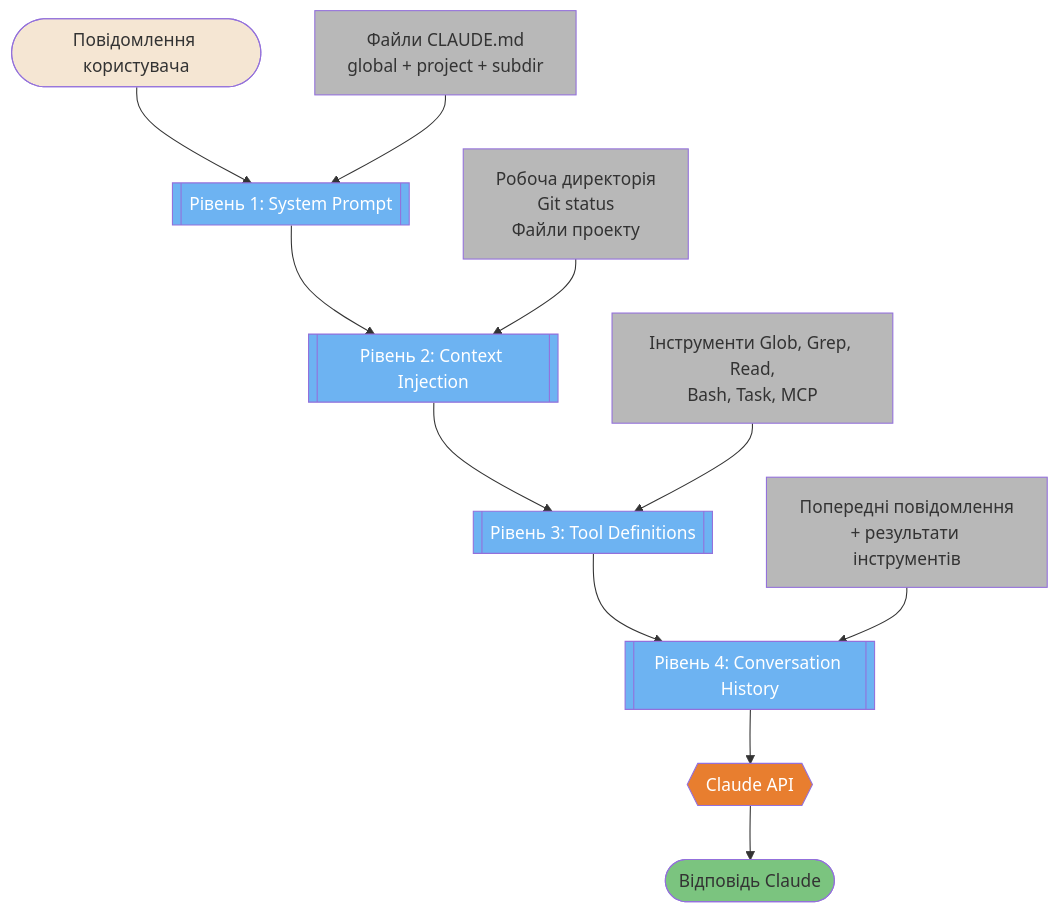
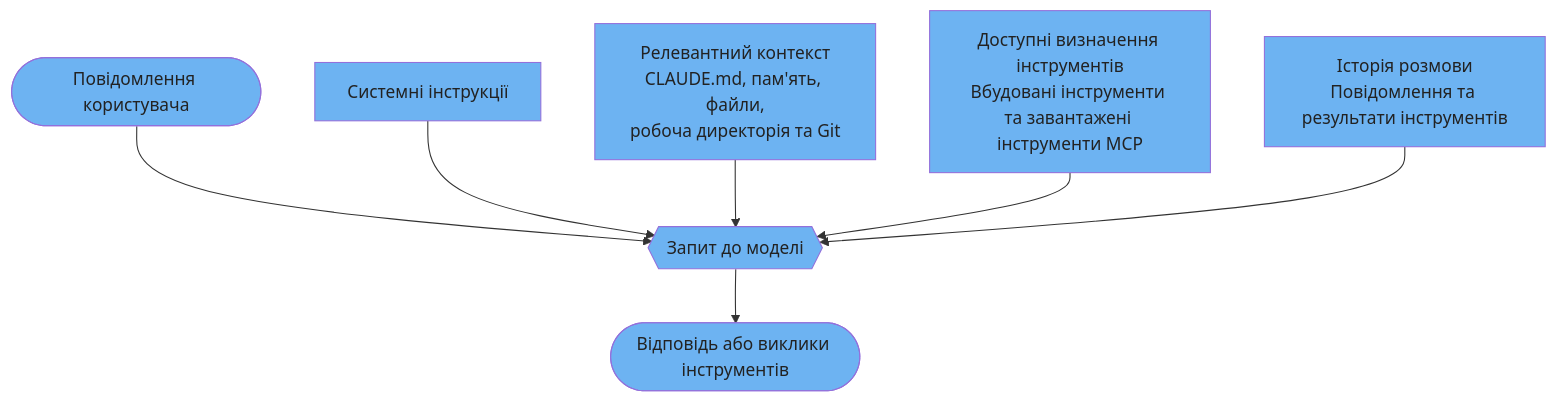
The first of 4 diagrams in guide/diagrams/01-foundations.uk.md (sermers-cyber/claude-code-ultimate-guide-ua), drawn with Mermaid before and after one commit. The commit also changed other lines of this file and 80 other files, not shown here.

````diff
--- a/guide/diagrams/01-foundations.uk.md
+++ b/guide/diagrams/01-foundations.uk.md
@@ -17,38 +17,23 @@
 ```mermaid
 flowchart TD
-    A([Повідомлення користувача]) --> B[[Рівень 1: System Prompt]]
-    B --> C[[Рівень 2: Context Injection]]
-    C --> D[[Рівень 3: Tool Definitions]]
-    D --> E[[Рівень 4: Conversation History]]
-    E --> F{{Claude API}}
-    F --> G([Відповідь Claude])
-
-    B1[Файли CLAUDE.md<br/>global + project + subdir] --> B
-    C1[Робоча директорія<br/>Git status<br/>Файли проекту] --> C
-    D1[Інструменти Glob, Grep, Read,<br/>Bash, Task, MCP] --> D
-    E1[Попередні повідомлення<br/>+ результати інструментів] --> E
-
-    style A fill:#F5E6D3,color:#333
-    style B fill:#6DB3F2,color:#fff
-    style C fill:#6DB3F2,color:#fff
-    style D fill:#6DB3F2,color:#fff
-    style E fill:#6DB3F2,color:#fff
-    style F fill:#E87E2F,color:#fff
-    style G fill:#7BC47F,color:#333
-    style B1 fill:#B8B8B8,color:#333
-    style C1 fill:#B8B8B8,color:#333
-    style D1 fill:#B8B8B8,color:#333
-    style E1 fill:#B8B8B8,color:#333
-
-    click A href "https://github.com/gerasimsergey/claude-code-ultimate-guide-ua/blob/main/guide/ultimate-guide.md#12-first-workflow" "Перший робочий процес"
-    click B href "https://github.com/gerasimsergey/claude-code-ultimate-guide-ua/blob/main/guide/core/architecture.md#1-the-master-loop" "Рівень 1: System Prompt"
-    click B1 href "https://github.com/gerasimsergey/claude-code-ultimate-guide-ua/blob/main/guide/ultimate-guide.md#31-memory-files-claudemd" "Файли пам'яті (CLAUDE.md)"
-    click C href "https://github.com/gerasimsergey/claude-code-ultimate-guide-ua/blob/main/guide/ultimate-guide.md#22-context-management" "Рівень 2: Context Injection"
-    click C1 href "https://github.com/gerasimsergey/claude-code-ultimate-guide-ua/blob/main/guide/ultimate-guide.md#22-context-management" "Керування контекстом"
-    click D href "https://github.com/gerasimsergey/claude-code-ultimate-guide-ua/blob/main/guide/core/architecture.md#2-the-tool-arsenal" "Рівень 3: Tool Definitions"
-    click D1 href "https://github.com/gerasimsergey/claude-code-ultimate-guide-ua/blob/main/guide/core/architecture.md#2-the-tool-arsenal" "Арсенал інструментів"
-    click E href "https://github.com/gerasimsergey/claude-code-ultimate-guide-ua/blob/main/guide/ultimate-guide.md#22-context-management" "Рівень 4: Conversation History"
-    click E1 href "https://github.com/gerasimsergey/claude-code-ultimate-guide-ua/blob/main/guide/ultimate-guide.md#22-context-management" "Керування контекстом"
-    click F href "https://github.com/gerasimsergey/claude-code-ultimate-guide-ua/blob/main/guide/core/architecture.md#1-the-master-loop" "Claude API — Головний цикл (Master Loop)"
-    click G href "https://github.com/gerasimsergey/claude-code-ultimate-guide-ua/blob/main/guide/core/architecture.md#1-the-master-loop" "Відповідь Claude"
+    A([Повідомлення користувача]) --> F{{Запит до моделі}}
+    B[Системні інструкції] --> F
+    C[Релевантний контекст<br/>CLAUDE.md, пам'ять, файли,<br/>робоча директорія та Git] --> F
+    D[Доступні визначення інструментів<br/>Вбудовані інструменти та завантажені інструменти MCP] --> F
+    E[Історія розмови<br/>Повідомлення та результати інструментів] --> F
+    F --> G([Відповідь або виклики інструментів])
+    style A fill:#6DB3F2,color:#222
+    click A href "https://github.com/FlorianBruniaux/claude-code-ultimate-guide/blob/main/guide/ultimate-guide.md#22-context-management" "Context management"
+    style B fill:#6DB3F2,color:#222
+    click B href "https://github.com/FlorianBruniaux/claude-code-ultimate-guide/blob/main/guide/ultimate-guide.md#22-context-management" "Context management"
+    style C fill:#6DB3F2,color:#222
+    click C href "https://github.com/FlorianBruniaux/claude-code-ultimate-guide/blob/main/guide/ultimate-guide.md#22-context-management" "Context management"
+    style D fill:#6DB3F2,color:#222
+    click D href "https://github.com/FlorianBruniaux/claude-code-ultimate-guide/blob/main/guide/ultimate-guide.md#22-context-management" "Context management"
+    style E fill:#6DB3F2,color:#222
+    click E href "https://github.com/FlorianBruniaux/claude-code-ultimate-guide/blob/main/guide/ultimate-guide.md#22-context-management" "Context management"
+    style F fill:#6DB3F2,color:#222
+    click F href "https://github.com/FlorianBruniaux/claude-code-ultimate-guide/blob/main/guide/ultimate-guide.md#22-context-management" "Context management"
+    style G fill:#6DB3F2,color:#222
+    click G href "https://github.com/FlorianBruniaux/claude-code-ultimate-guide/blob/main/guide/ultimate-guide.md#22-context-management" "Context management"
 ```
````
